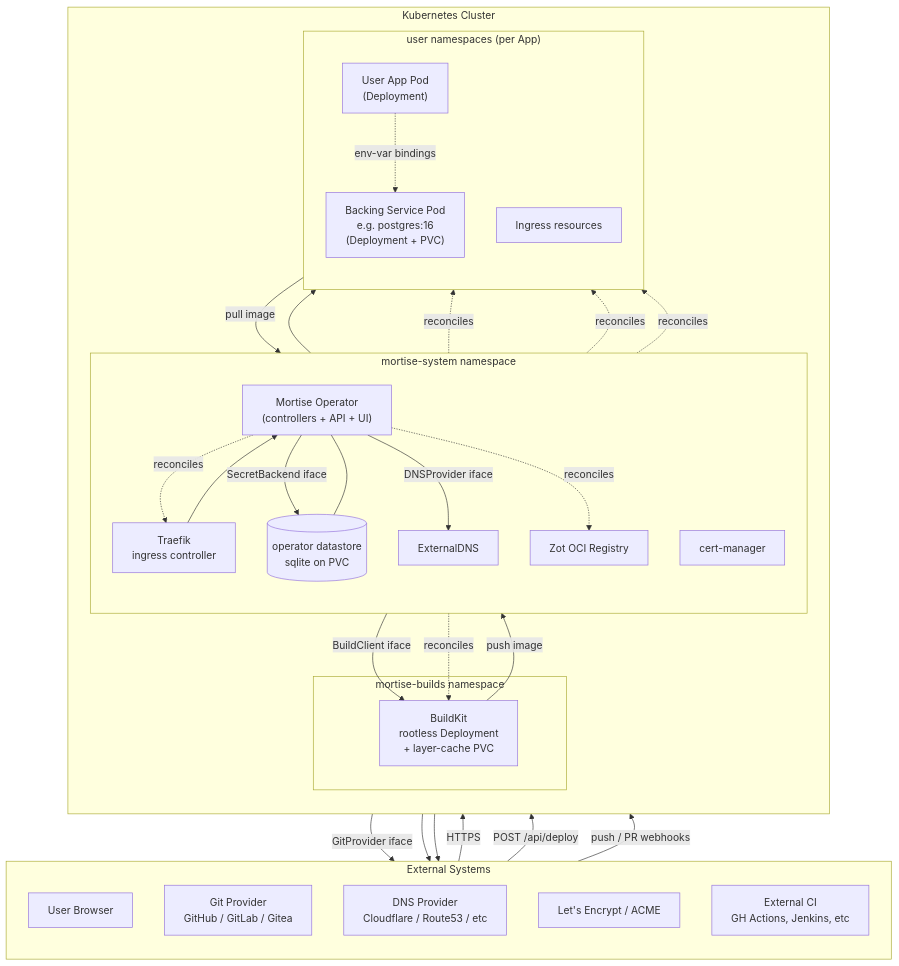
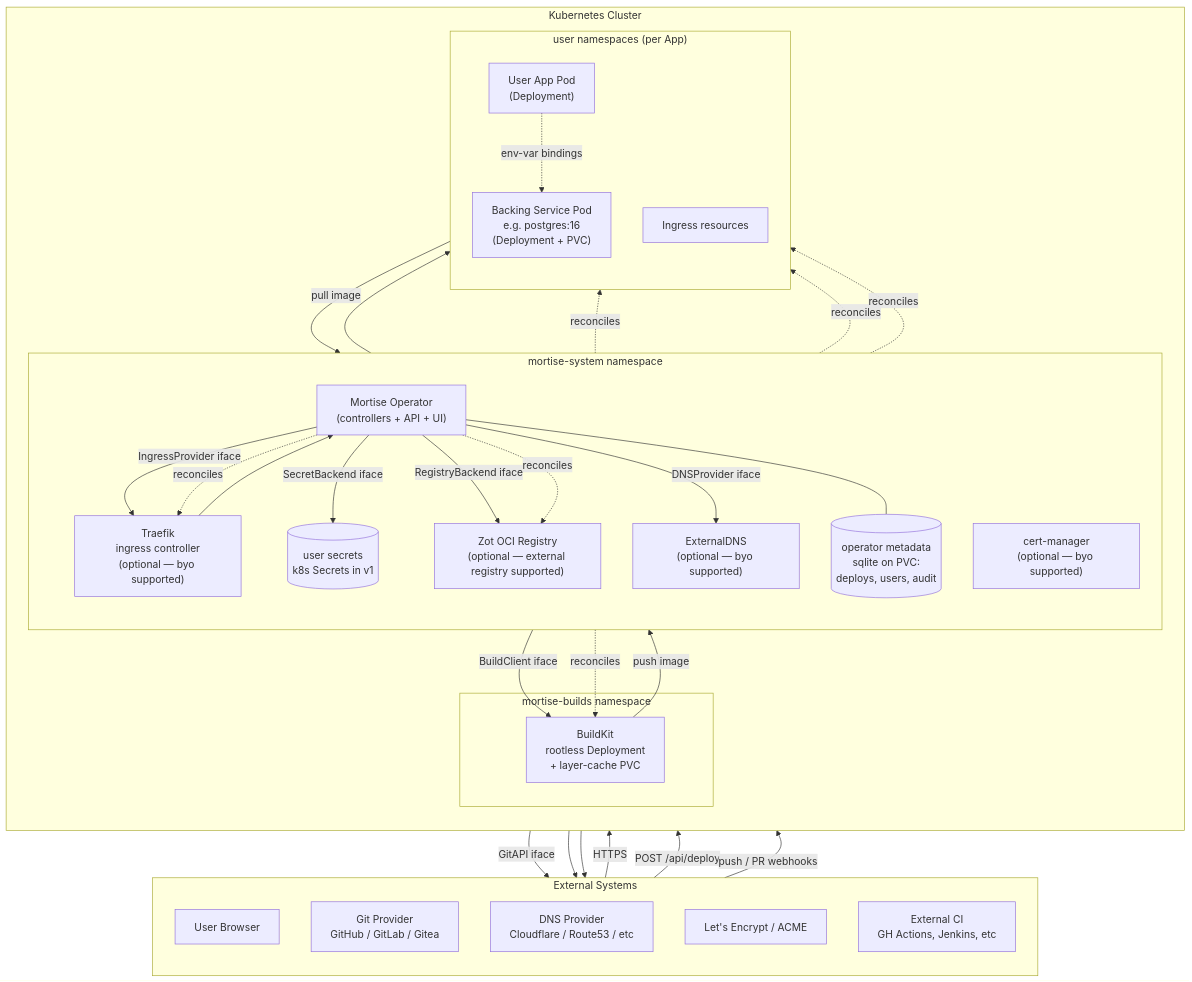
The first of 5 diagrams in ARCHITECTURE.md (mortise-org/mortise), drawn with Mermaid before and after one commit. The commit also changed other lines of this file and 1 other file, not shown here.

Commit message:
Spec/architecture updates

````diff
--- a/ARCHITECTURE.md
+++ b/ARCHITECTURE.md
@@ -13,64 +13,67 @@
 ```mermaid
 flowchart TB
     subgraph External["External Systems"]
         direction TB
         User[User Browser]
         GitHub[Git Provider<br/>GitHub / GitLab / Gitea]
         DNSProv[DNS Provider<br/>Cloudflare / Route53 / etc]
         ACME[Let's Encrypt / ACME]
         CI[External CI<br/>GH Actions, Jenkins, etc]
     end
 
     subgraph Cluster["Kubernetes Cluster"]
         direction TB
 
         subgraph SysNS["mortise-system namespace"]
             direction TB
             Operator["Mortise Operator<br/>(controllers + API + UI)"]
-            DB[(operator datastore<br/>sqlite on PVC)]
-            Traefik[Traefik<br/>ingress controller]
-            CertMgr[cert-manager]
-            ExtDNS[ExternalDNS]
-            Zot[Zot OCI Registry]
+            MetaDB[(operator metadata<br/>sqlite on PVC:<br/>deploys, users, audit)]
+            SecretStore[(user secrets<br/>k8s Secrets in v1)]
+            Traefik["Traefik<br/>ingress controller<br/>(optional — byo supported)"]
+            CertMgr["cert-manager<br/>(optional — byo supported)"]
+            ExtDNS["ExternalDNS<br/>(optional — byo supported)"]
+            Zot["Zot OCI Registry<br/>(optional — external registry supported)"]
         end
 
         subgraph BuildNS["mortise-builds namespace"]
             BuildKit[BuildKit<br/>rootless Deployment<br/>+ layer-cache PVC]
         end
 
         subgraph UserNS["user namespaces (per App)"]
             direction TB
             AppPod["User App Pod<br/>(Deployment)"]
             BackingPod["Backing Service Pod<br/>e.g. postgres:16<br/>(Deployment + PVC)"]
             Ing[Ingress resources]
         end
     end
 
     User -->|HTTPS| Traefik
     Traefik --> AppPod
     Traefik --> Operator
 
     CI -->|POST /api/deploy| Operator
     GitHub -->|push / PR webhooks| Operator
 
-    Operator -->|GitProvider iface| GitHub
+    Operator -->|GitAPI iface| GitHub
     Operator -->|BuildClient iface| BuildKit
-    Operator -->|SecretBackend iface| DB
+    Operator -->|SecretBackend iface| SecretStore
+    Operator -->|RegistryBackend iface| Zot
+    Operator -->|IngressProvider iface| Traefik
     Operator -->|DNSProvider iface| ExtDNS
-    Operator --- DB
+    Operator --- MetaDB
 
     BuildKit -->|push image| Zot
     AppPod -->|pull image| Zot
 
     ExtDNS --> DNSProv
     CertMgr --> ACME
 
     Operator -.reconciles.-> AppPod
     Operator -.reconciles.-> BackingPod
     Operator -.reconciles.-> Ing
     Operator -.reconciles.-> Traefik
     Operator -.reconciles.-> BuildKit
     Operator -.reconciles.-> Zot
 
     AppPod -.env-var bindings.-> BackingPod
 ```
````
